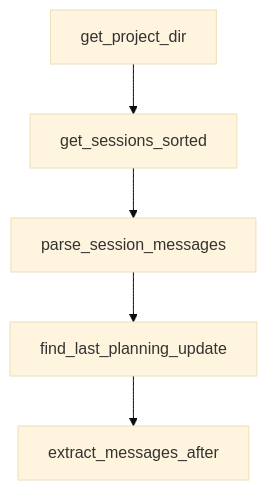
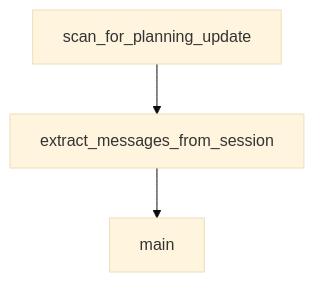
One commit to johnxie/awesome-code-docs changed the diagram in tutorials/planning-with-files-tutorial/03-installation-paths-across-ides-and-agents.md. Above: the diagram before and after it, drawn with Mermaid (base theme). The commit also changed other lines of this file and 1232 other files, not shown here.

````diff
--- a/tutorials/planning-with-files-tutorial/03-installation-paths-across-ides-and-agents.md
+++ b/tutorials/planning-with-files-tutorial/03-installation-paths-across-ides-and-agents.md
@@ -217,12 +174,8 @@
 ```mermaid
 flowchart TD
-    A[get_project_dir]
-    B[get_sessions_sorted]
-    C[parse_session_messages]
-    D[find_last_planning_update]
-    E[extract_messages_after]
+    A[scan_for_planning_update]
+    B[extract_messages_from_session]
+    C[main]
     A --> B
     B --> C
-    C --> D
-    D --> E
 ```
````
